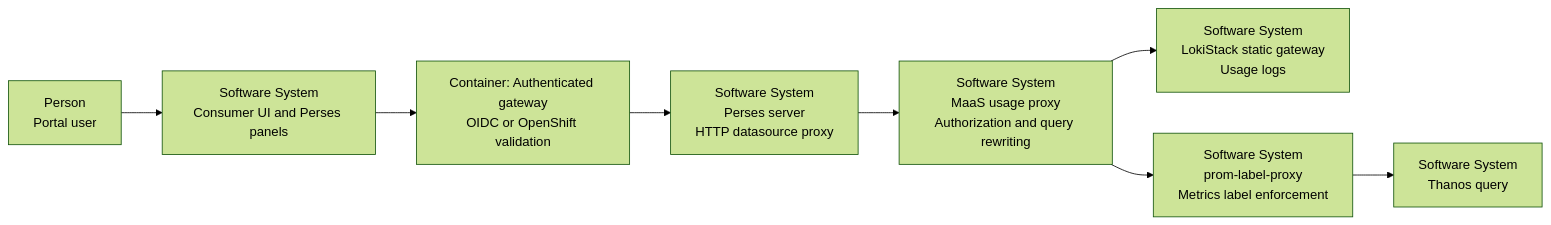
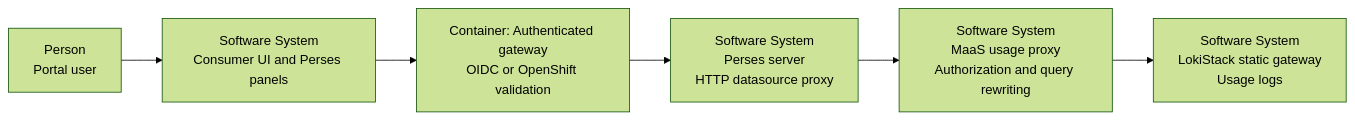
The first of 3 diagrams in architecture-decision-records/model-serving/ODH-ADR-MS-0009-maas-usage-dashboard-oidc-authorization-and-data-scoping.md (opendatahub-io/architecture-decision-records), drawn with Mermaid (forest theme) before and after one commit. The commit also changed other lines of this file, not shown here.

Commit message:
Limit to Loki usage dashboards

````diff
--- a/architecture-decision-records/model-serving/ODH-ADR-MS-0009-maas-usage-dashboard-oidc-authorization-and-data-scoping.md
+++ b/architecture-decision-records/model-serving/ODH-ADR-MS-0009-maas-usage-dashboard-oidc-authorization-and-data-scoping.md
@@ -94,19 +94,15 @@
 ```mermaid
 flowchart LR
   user["Person<br/>Portal user"]
   ui["Software System<br/>Consumer UI and Perses panels"]
   gateway["Container: Authenticated gateway<br/>OIDC or OpenShift validation"]
   perses["Software System<br/>Perses server<br/>HTTP datasource proxy"]
   usage["Software System<br/>MaaS usage proxy<br/>Authorization and query rewriting"]
   loki["Software System<br/>LokiStack static gateway<br/>Usage logs"]
-  labelproxy["Software System<br/>prom-label-proxy<br/>Metrics label enforcement"]
-  thanos["Software System<br/>Thanos query"]
 
   user --> ui
   ui --> gateway
   gateway --> perses
   perses --> usage
   usage --> loki
-  usage --> labelproxy
-  labelproxy --> thanos
 ```
````
